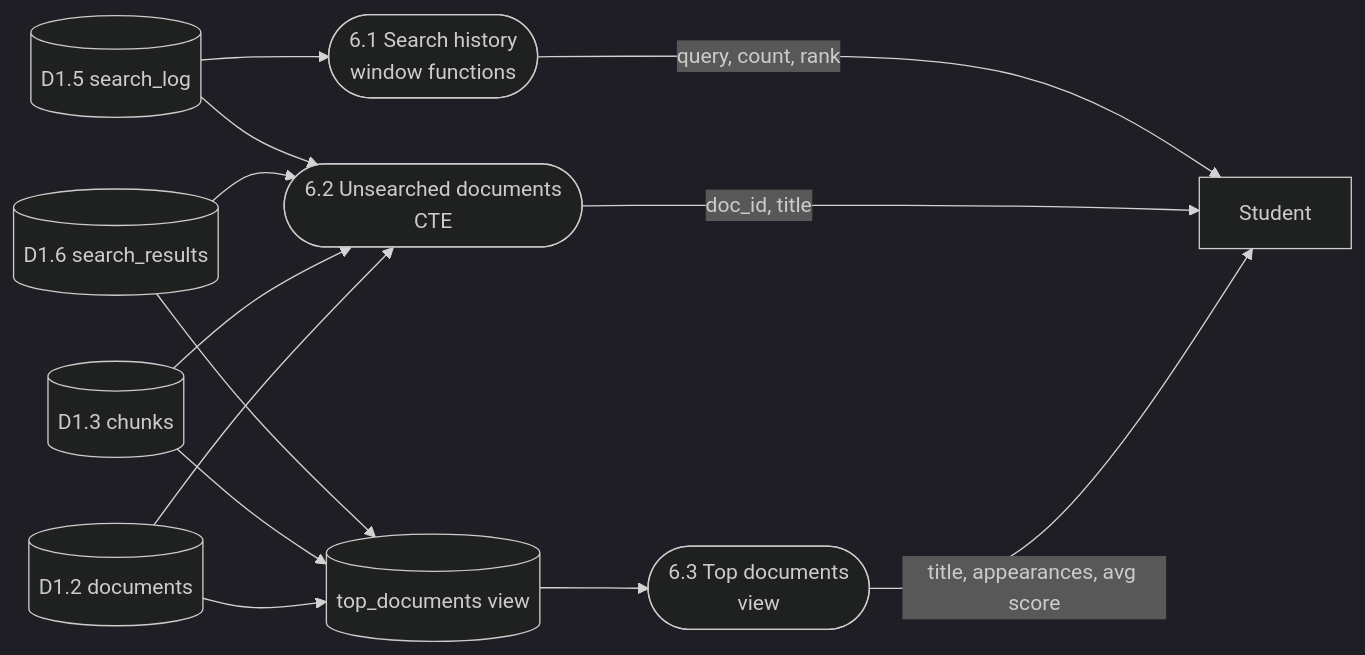
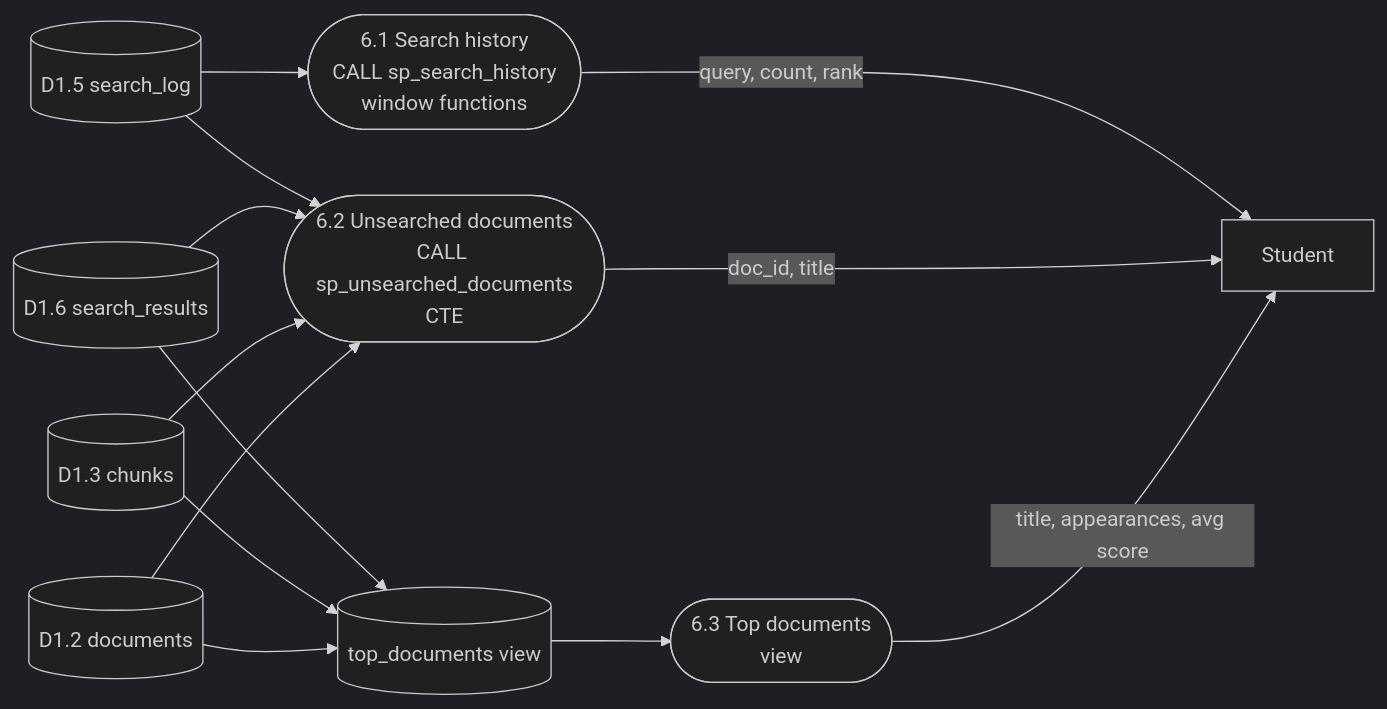
Before and after one commit to TahirSiddique092/prism: the sixth of 6 diagrams in docs/data/relational-schema.md, drawn with Mermaid (dark theme). The commit also changed other lines of this file and 10 other files, not shown here.

````diff
--- a/docs/data/relational-schema.md
+++ b/docs/data/relational-schema.md
@@ -427,25 +440,25 @@
 ```mermaid
 flowchart LR
     S[Student]
-    P61([6.1 Search history<br/>window functions])
-    P62([6.2 Unsearched documents<br/>CTE])
+    P61([6.1 Search history<br/>CALL sp_search_history<br/>window functions])
+    P62([6.2 Unsearched documents<br/>CALL sp_unsearched_documents<br/>CTE])
     P63([6.3 Top documents<br/>view])
     DL[(D1.5 search_log)]
     DR[(D1.6 search_results)]
     DC[(D1.3 chunks)]
     DD[(D1.2 documents)]
     V[(top_documents view)]
 
     DL --> P61
     DL --> P62
     DR --> P62
     DC --> P62
     DD --> P62
     DR --> V
     DC --> V
     DD --> V
     V --> P63
     P61 -->|query, count, rank| S
     P62 -->|doc_id, title| S
     P63 -->|title, appearances, avg score| S
 ```
````
